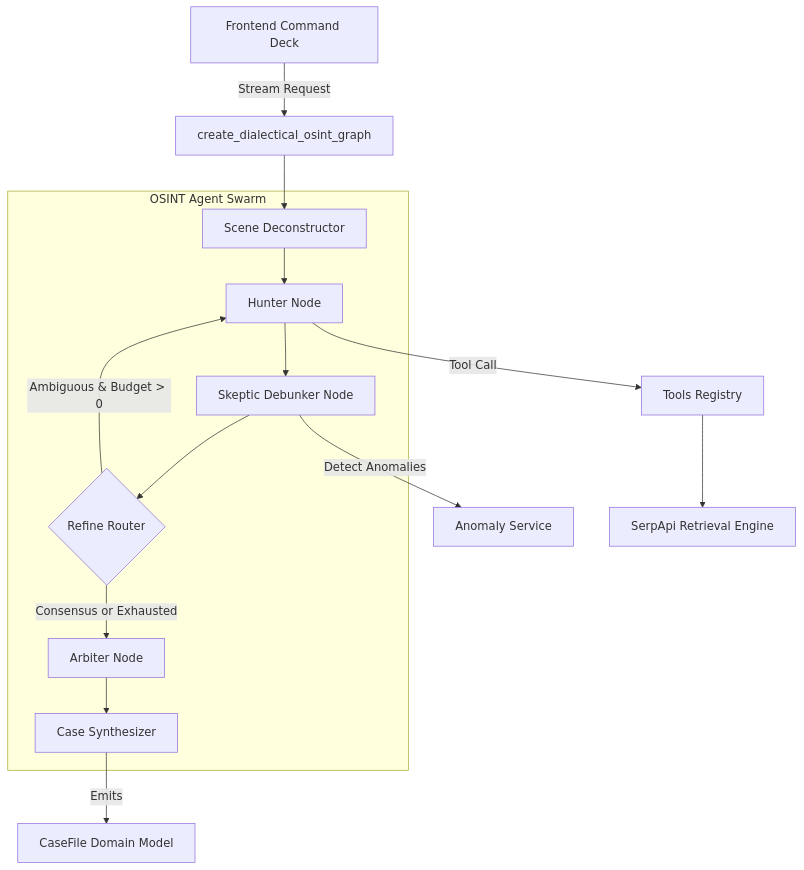
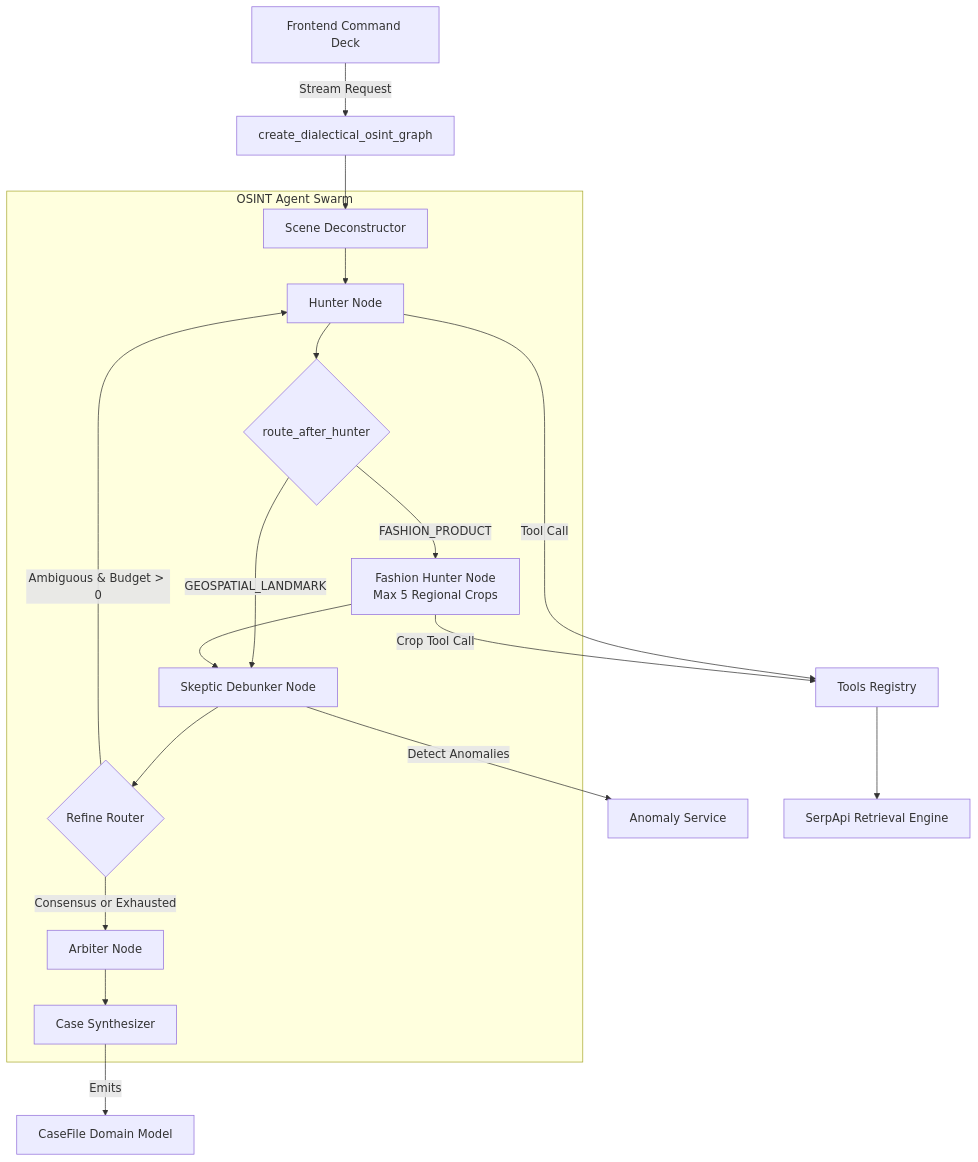
One commit to Siddhant75/TerraSleuth changed the diagram in C4-Documentation/c4-component-osint-agent-swarm.md. Above: the diagram before and after it, drawn with Mermaid. The commit also changed other lines of this file and 10 other files, not shown here.

````diff
--- a/C4-Documentation/c4-component-osint-agent-swarm.md
+++ b/C4-Documentation/c4-component-osint-agent-swarm.md
@@ -64,19 +71,25 @@
 ```mermaid
 graph TD
     UI[Frontend Command Deck] -->|Stream Request| Graph[create_dialectical_osint_graph]
     
     subgraph Swarm[OSINT Agent Swarm]
         Deconstruct[Scene Deconstructor] --> Hunter[Hunter Node]
-        Hunter --> Skeptic[Skeptic Debunker Node]
+        Hunter --> IntentCheck{route_after_hunter}
+        
+        IntentCheck -->|FASHION_PRODUCT| FashionHunter[Fashion Hunter Node<br>Max 5 Regional Crops]
+        IntentCheck -->|GEOSPATIAL_LANDMARK| Skeptic[Skeptic Debunker Node]
+        
+        FashionHunter --> Skeptic
         Skeptic --> RefineRouter{Refine Router}
         RefineRouter -->|Ambiguous & Budget > 0| Hunter
         RefineRouter -->|Consensus or Exhausted| Arbiter[Arbiter Node]
         Arbiter --> Synthesizer[Case Synthesizer]
     end
 
     Graph --> Deconstruct
     Hunter -->|Tool Call| ToolReg[Tools Registry]
+    FashionHunter -->|Crop Tool Call| ToolReg
     Skeptic -->|Detect Anomalies| AnomalySvc[Anomaly Service]
     ToolReg --> SerpApi[SerpApi Retrieval Engine]
     Synthesizer -->|Emits| CaseFileModel[CaseFile Domain Model]
 ```
````
